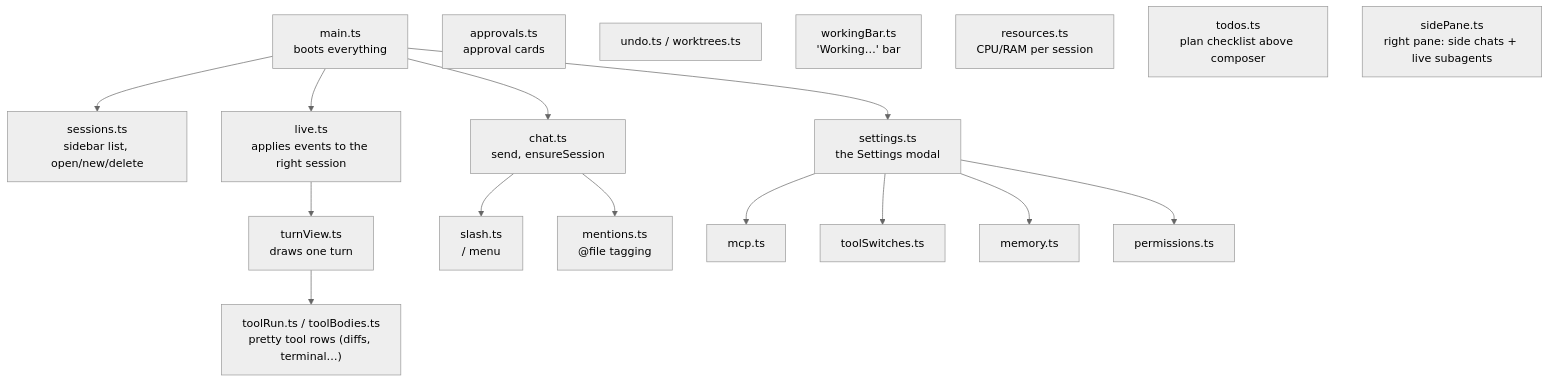
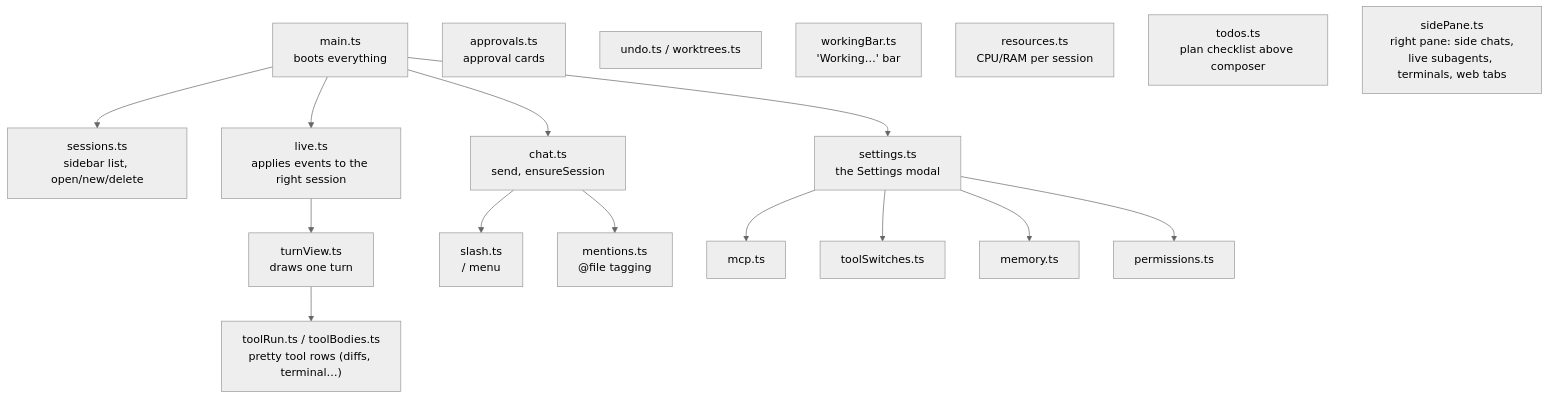
Before and after one commit to Ady-JK/paladin: diagram 17 of 18 in HOW-IT-WORKS.md, drawn with Mermaid (neutral theme). The commit also changed other lines of this file and 3 other files, not shown here.

Commit message:
docs(web): describe the integrated web tabs and their view lifetime (0.8.57)

````diff
--- a/HOW-IT-WORKS.md
+++ b/HOW-IT-WORKS.md
@@ -764,18 +766,18 @@
 ```mermaid
 flowchart TB
     main["main.ts<br/>boots everything"] --> sessions & chat & settings & live
     sessions["sessions.ts<br/>sidebar list, open/new/delete"]
     chat["chat.ts<br/>send, ensureSession"]
     live["live.ts<br/>applies events to the right session"]
     live --> turnView["turnView.ts<br/>draws one turn"]
     turnView --> toolRun["toolRun.ts / toolBodies.ts<br/>pretty tool rows (diffs, terminal…)"]
     chat --> slash["slash.ts<br/>/ menu"]
     chat --> mentions["mentions.ts<br/>@file tagging"]
     settings["settings.ts<br/>the Settings modal"] --> mcp["mcp.ts"] & toolSwitches["toolSwitches.ts"] & memory["memory.ts"] & permissions["permissions.ts"]
     approvals["approvals.ts<br/>approval cards"]
     undo["undo.ts / worktrees.ts"]
     workingBar["workingBar.ts<br/>'Working…' bar"]
     resources["resources.ts<br/>CPU/RAM per session"]
     todos["todos.ts<br/>plan checklist above composer"]
-    sidePane["sidePane.ts<br/>right pane: side chats + live subagents"]
+    sidePane["sidePane.ts<br/>right pane: side chats,<br/>live subagents, terminals, web tabs"]
 ```
````
